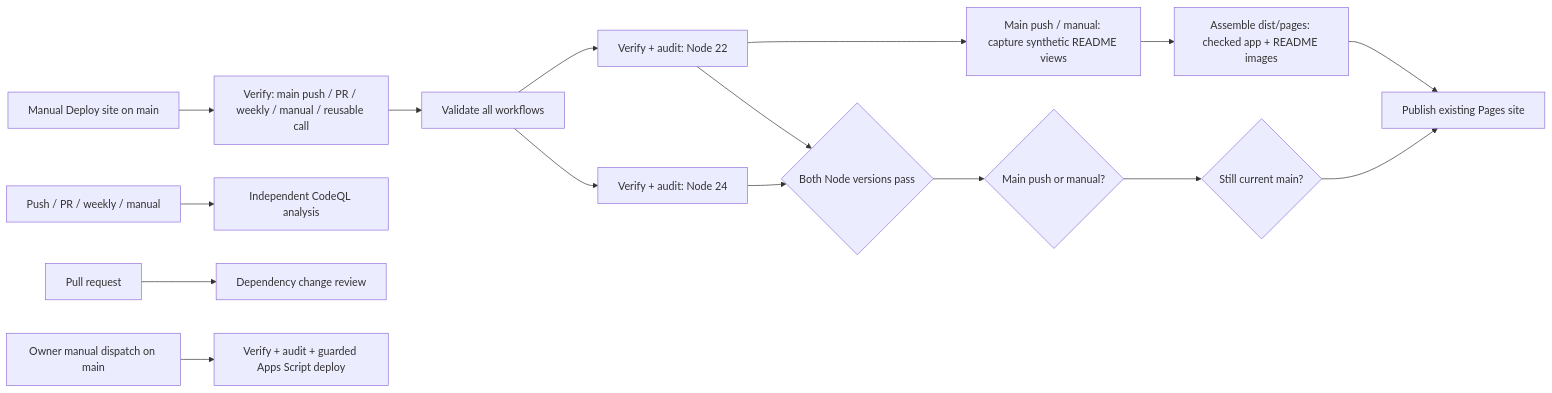
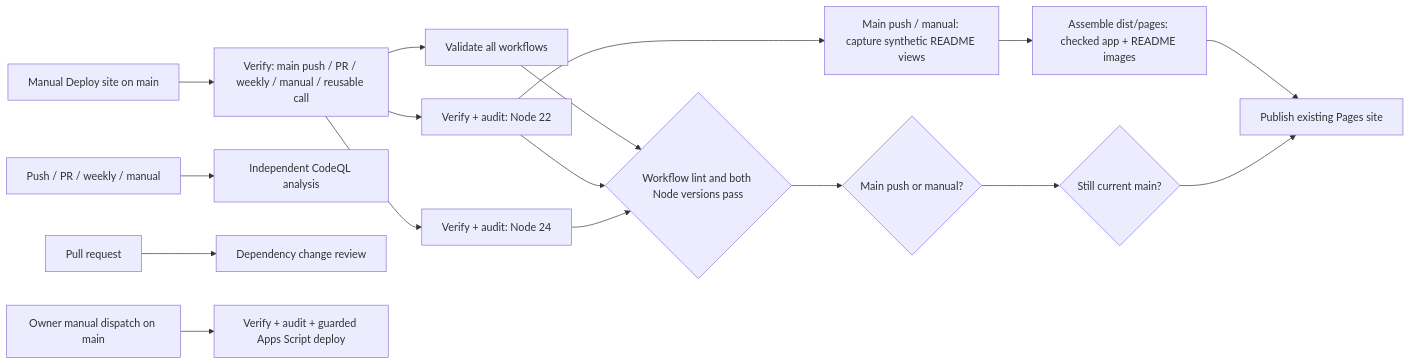
One commit to AlbiDR/FolioDash changed the diagram in docs/operations/github-actions.md. Above: the diagram before and after it, drawn with Mermaid. The commit also changed other lines of this file and 13 other files, not shown here.

````diff
--- a/docs/operations/github-actions.md
+++ b/docs/operations/github-actions.md
@@ -7,18 +7,19 @@
 ```mermaid
 flowchart LR
     manual[Manual Deploy site on main] --> events[Verify: main push / PR / weekly / manual / reusable call]
     events --> workflows[Validate all workflows]
-    workflows --> node22[Verify + audit: Node 22]
-    workflows --> node24[Verify + audit: Node 24]
+    events --> node22[Verify + audit: Node 22]
+    events --> node24[Verify + audit: Node 24]
     node22 --> capture[Main push / manual: capture synthetic README views]
     capture --> artifact[Assemble dist/pages: checked app + README images]
-    node22 --> gate{Both Node versions pass}
+    workflows --> gate{Workflow lint and both Node versions pass}
+    node22 --> gate
     node24 --> gate
     gate --> eligible{Main push or manual?}
     eligible --> current{Still current main?}
     artifact --> pages[Publish existing Pages site]
     current --> pages
     security[Push / PR / weekly / manual] --> codeql[Independent CodeQL analysis]
     pr[Pull request] --> review[Dependency change review]
     owner[Owner manual dispatch on main] --> script[Verify + audit + guarded Apps Script deploy]
 ```
````
